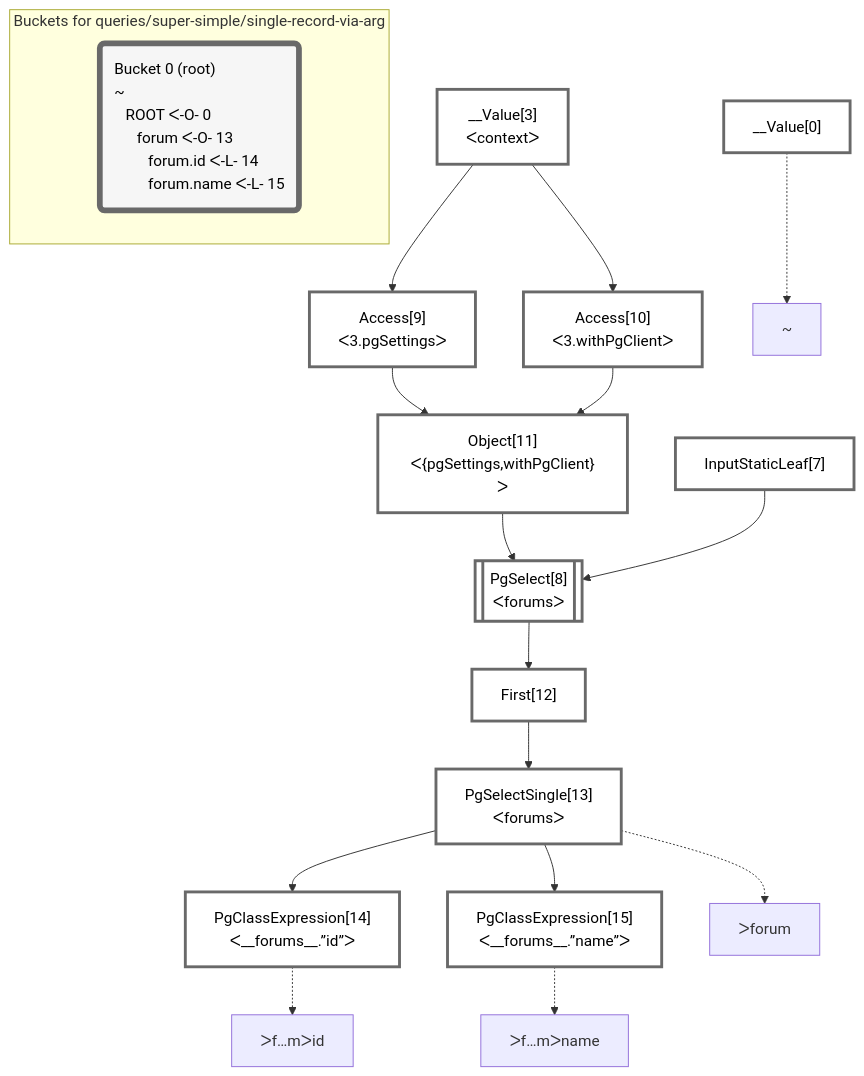
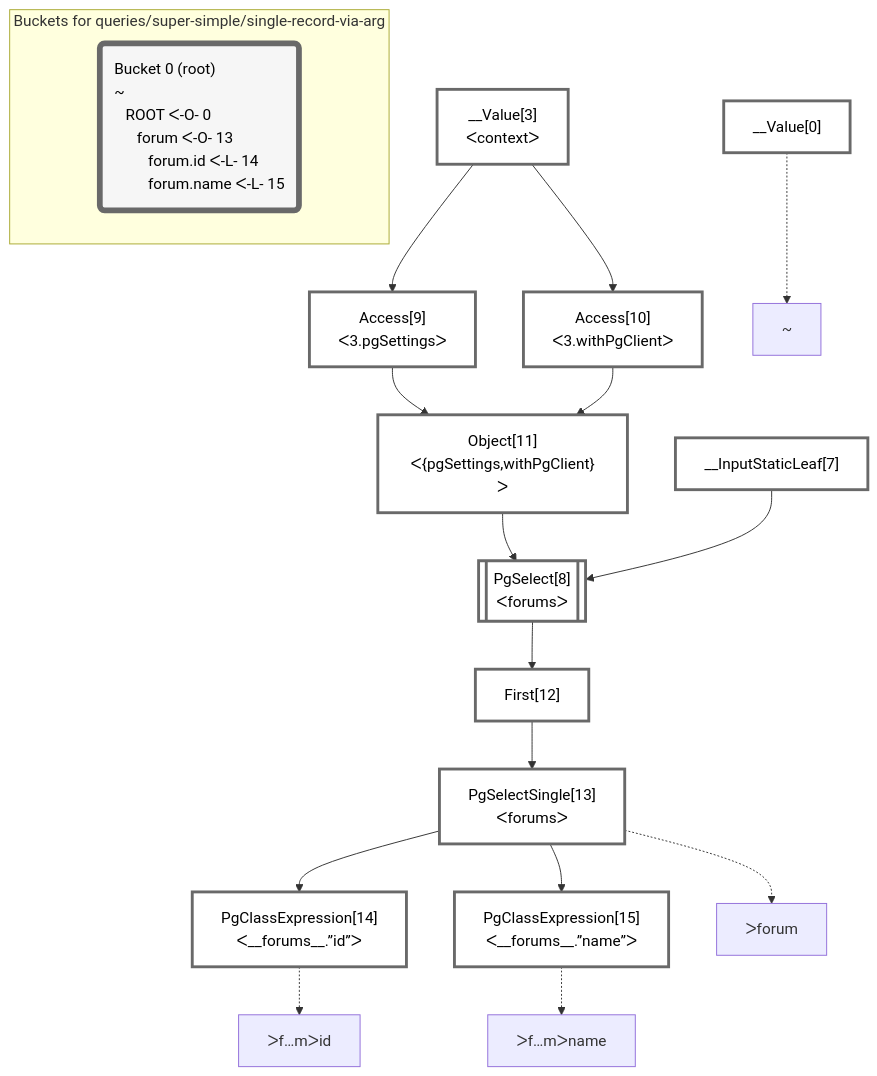
Before and after one commit to graphile/crystal: the diagram in packages/dataplan-pg/__tests__/queries/super-simple/single-record-via-arg.deopt.mermaid.md, drawn with Mermaid. The commit also changed 79 other files, not shown here.

````diff
--- a/packages/dataplan-pg/__tests__/queries/super-simple/single-record-via-arg.deopt.mermaid.md
+++ b/packages/dataplan-pg/__tests__/queries/super-simple/single-record-via-arg.deopt.mermaid.md
@@ -1,48 +1,48 @@
 ```mermaid
 graph TD
     classDef path fill:#eee,stroke:#000,color:#000
     classDef plan fill:#fff,stroke-width:3px,color:#000
     classDef itemplan fill:#fff,stroke-width:6px,color:#000
     classDef sideeffectplan fill:#f00,stroke-width:6px,color:#000
     classDef bucket fill:#f6f6f6,color:#000,stroke-width:6px,text-align:left
 
 
     %% define plans
     __Value0["__Value[0]"]:::plan
     PgClassExpression14["PgClassExpression[14]<br />ᐸ__forums__.”id”ᐳ"]:::plan
     PgClassExpression15["PgClassExpression[15]<br />ᐸ__forums__.”name”ᐳ"]:::plan
     PgSelectSingle13["PgSelectSingle[13]<br />ᐸforumsᐳ"]:::plan
     First12["First[12]"]:::plan
     PgSelect8[["PgSelect[8]<br />ᐸforumsᐳ"]]:::plan
     Object11["Object[11]<br />ᐸ{pgSettings,withPgClient}ᐳ"]:::plan
     Access9["Access[9]<br />ᐸ3.pgSettingsᐳ"]:::plan
     Access10["Access[10]<br />ᐸ3.withPgClientᐳ"]:::plan
     __Value3["__Value[3]<br />ᐸcontextᐳ"]:::plan
-    InputStaticLeaf7["InputStaticLeaf[7]"]:::plan
+    __InputStaticLeaf7["__InputStaticLeaf[7]"]:::plan
 
     %% plan dependencies
     PgSelectSingle13 --> PgClassExpression14
     PgSelectSingle13 --> PgClassExpression15
     First12 --> PgSelectSingle13
     PgSelect8 --> First12
-    Object11 & InputStaticLeaf7 --> PgSelect8
+    Object11 & __InputStaticLeaf7 --> PgSelect8
     Access9 & Access10 --> Object11
     __Value3 --> Access9
     __Value3 --> Access10
 
     %% plan-to-path relationships
     P0["~"]
     __Value0 -.-> P0
     P13["ᐳforum"]
     PgSelectSingle13 -.-> P13
     P14["ᐳf…mᐳid"]
     PgClassExpression14 -.-> P14
     P15["ᐳf…mᐳname"]
     PgClassExpression15 -.-> P15
 
     subgraph "Buckets for queries/super-simple/single-record-via-arg"
     Bucket0("Bucket 0 (root)<br />~<br />⠀ROOT ᐸ-O- 0<br />⠀⠀forum ᐸ-O- 13<br />⠀⠀⠀forum.id ᐸ-L- 14<br />⠀⠀⠀forum.name ᐸ-L- 15"):::bucket
     classDef bucket0 stroke:#696969
-    class Bucket0,__Value0,__Value3,InputStaticLeaf7,PgSelect8,Access9,Access10,Object11,First12,PgSelectSingle13,PgClassExpression14,PgClassExpression15 bucket0
+    class Bucket0,__Value0,__Value3,__InputStaticLeaf7,PgSelect8,Access9,Access10,Object11,First12,PgSelectSingle13,PgClassExpression14,PgClassExpression15 bucket0
     end
 ```
````
